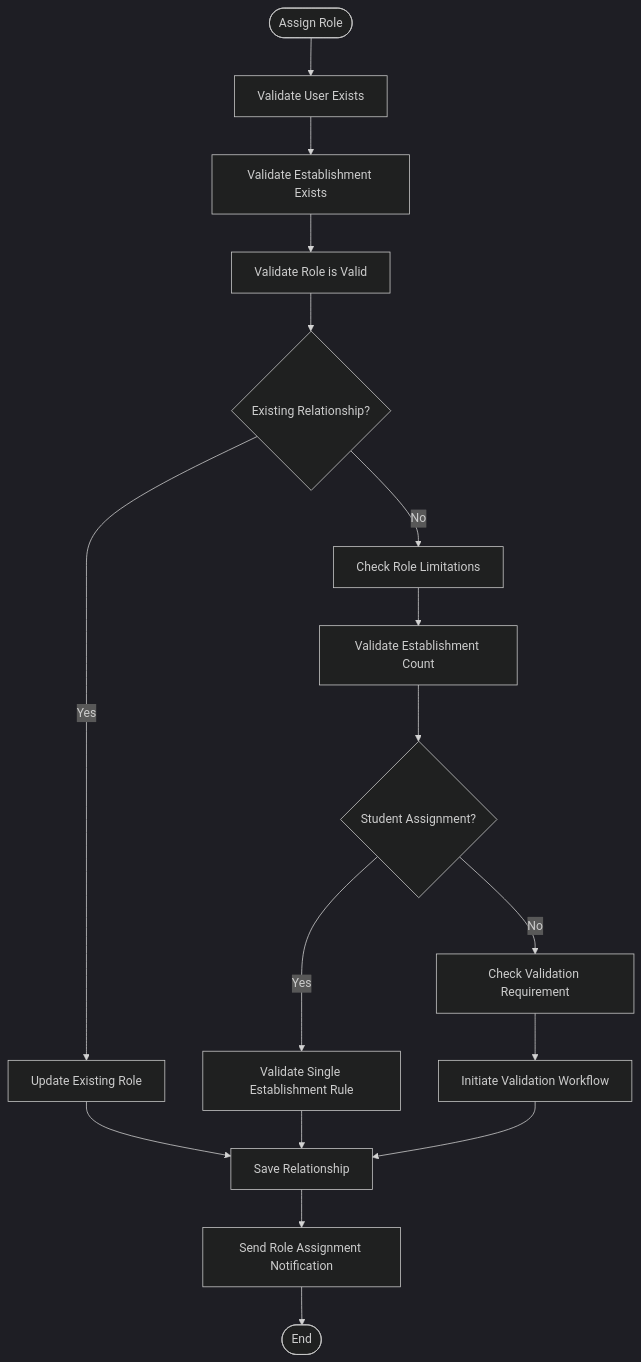
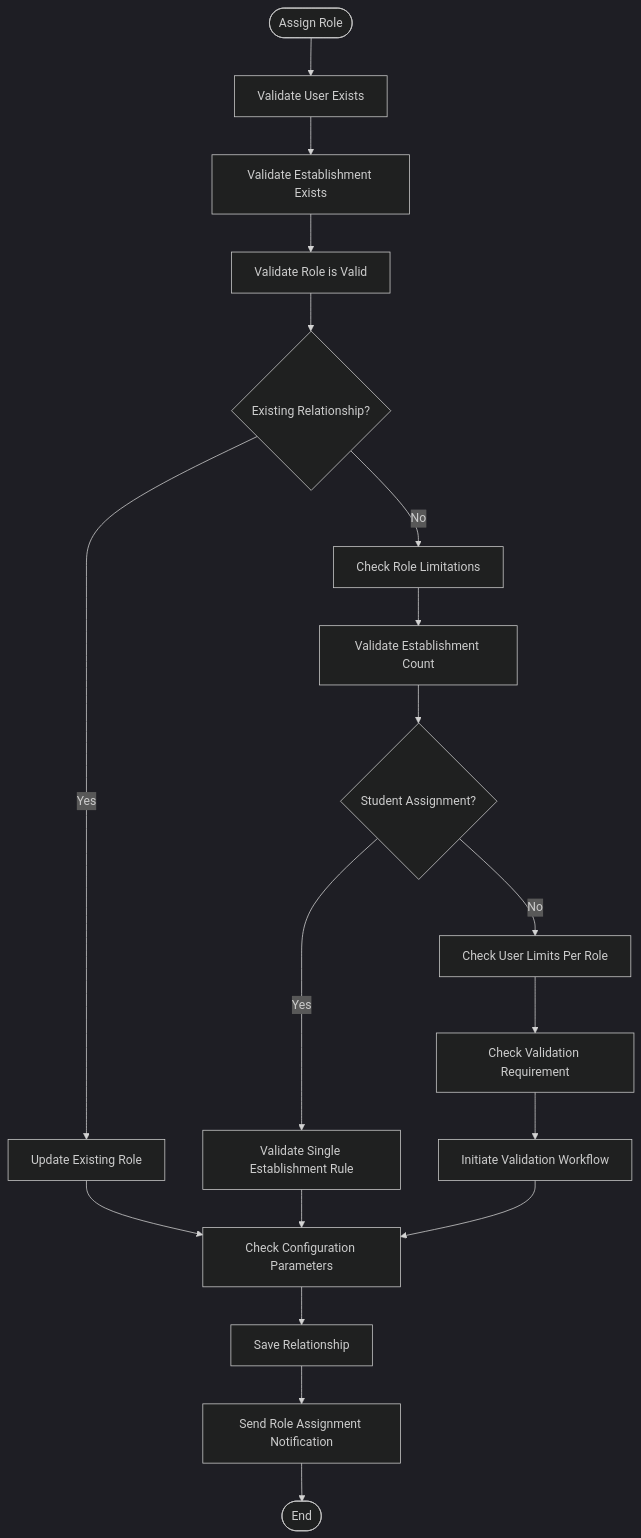
Before and after one commit to franckylab/eLISAschool: diagram 15 of 19 in .qoder/repowiki/en/content/Modules & Features/Administrative Modules/Establishment Management.md, drawn with Mermaid (dark theme). The commit also changed other lines of this file and 155 other files, not shown here.

````diff
--- a/.qoder/repowiki/en/content/Modules & Features/Administrative Modules/Establishment Management.md
+++ b/.qoder/repowiki/en/content/Modules & Features/Administrative Modules/Establishment Management.md
@@ -633,19 +786,21 @@
 ```mermaid
 flowchart TD
 Start([Assign Role]) --> ValidateUser["Validate User Exists"]
 ValidateUser --> ValidateEtab["Validate Establishment Exists"]
 ValidateEtab --> ValidateRole["Validate Role is Valid"]
 ValidateRole --> CheckExisting{"Existing Relationship?"}
 CheckExisting --> |Yes| UpdateRole["Update Existing Role"]
 CheckExisting --> |No| CheckRoleLimitations["Check Role Limitations"]
-UpdateRole --> SaveRelation["Save Relationship"]
+UpdateRole --> CheckConfigParams["Check Configuration Parameters"]
 CheckRoleLimitations --> ValidateCount["Validate Establishment Count"]
 ValidateCount --> CheckStudentRule{"Student Assignment?"}
 CheckStudentRule --> |Yes| ValidateSingleEtab["Validate Single Establishment Rule"]
-CheckStudentRule --> |No| CheckValidationReq["Check Validation Requirement"]
-ValidateSingleEtab --> SaveRelation
+CheckStudentRule --> |No| CheckUserLimits["Check User Limits Per Role"]
+CheckUserLimits --> CheckValidationReq["Check Validation Requirement"]
+ValidateSingleEtab --> CheckConfigParams
 CheckValidationReq --> InitiateWorkflow["Initiate Validation Workflow"]
-InitiateWorkflow --> SaveRelation
+InitiateWorkflow --> CheckConfigParams
+CheckConfigParams --> SaveRelation["Save Relationship"]
 SaveRelation --> SendNotification["Send Role Assignment Notification"]
 SendNotification --> End([End])
 ```
````
